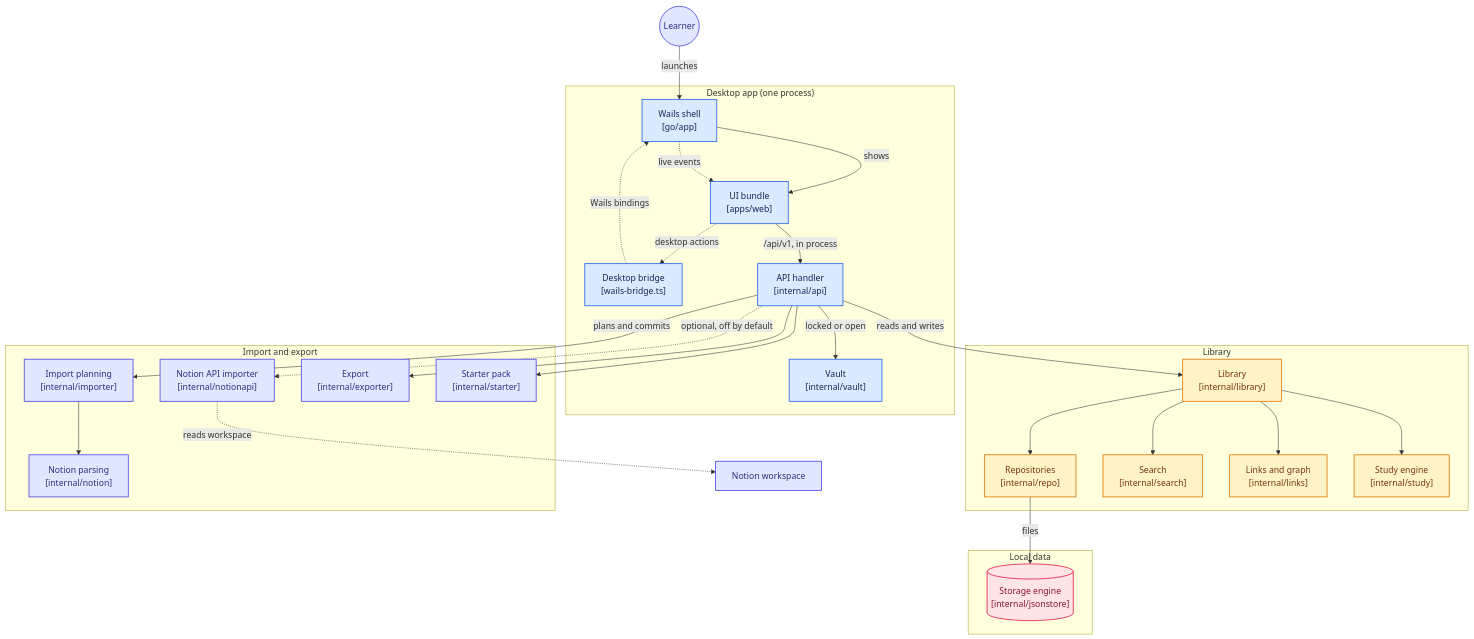
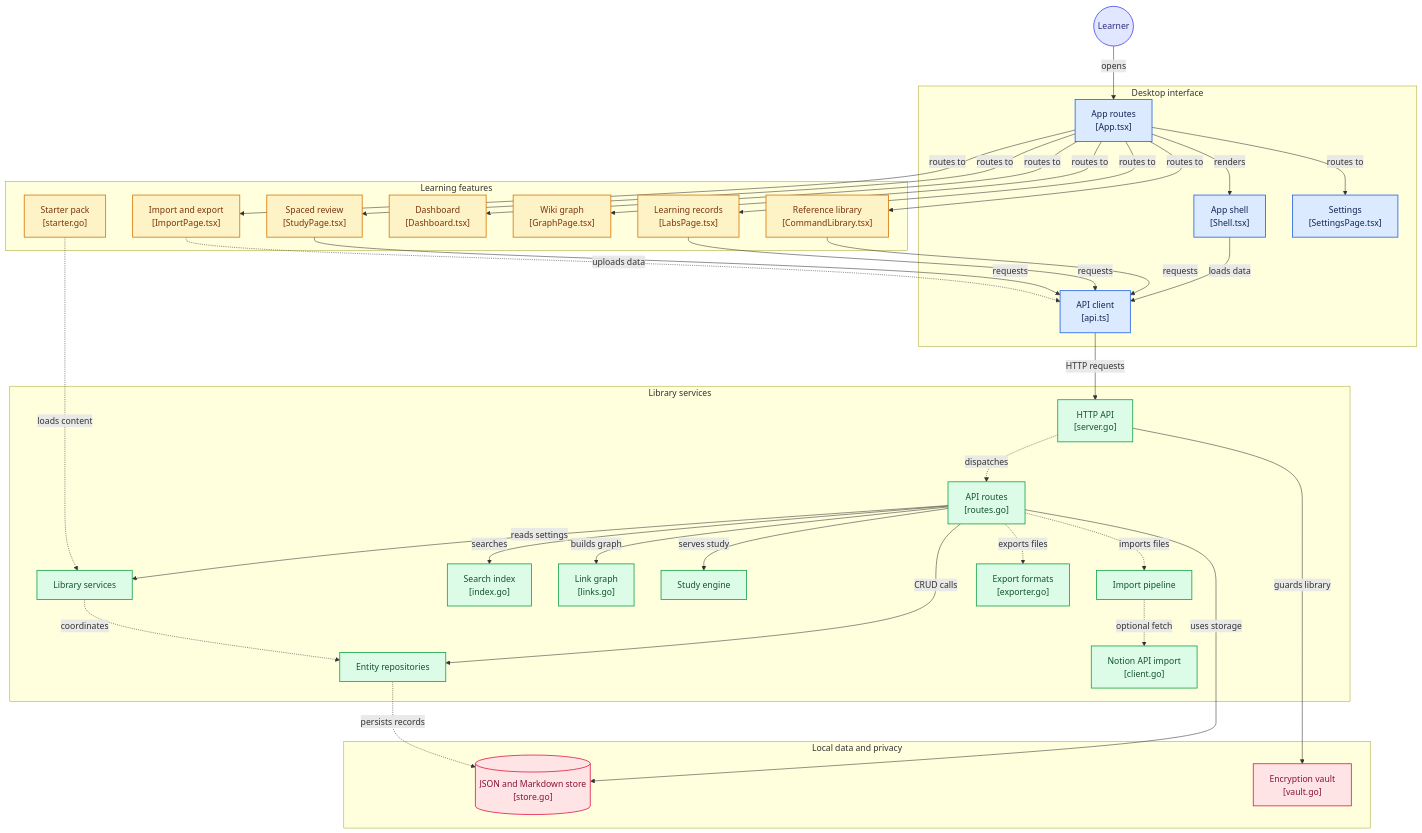
One commit to reeper316099/Cipherkeep changed the diagram in docs/ARCHITECTURE.md. Above: the diagram before and after it, drawn with Mermaid.

Commit message:
Revise architecture diagram with new components
Updated architecture diagram to reflect new components and relationships.

````diff
--- a/docs/ARCHITECTURE.md
+++ b/docs/ARCHITECTURE.md
@@ -66,64 +66,108 @@
 ```mermaid
+%% Generated by https://gitdiagram.com/reeper316099/cipherkeep
 flowchart TD
 
-subgraph group_app["Desktop app (one process)"]
-  node_shell["Wails shell<br/>[go/app]"]
-  node_assets["UI bundle<br/>[apps/web]"]
-  node_bridge["Desktop bridge<br/>[wails-bridge.ts]"]
-  node_api["API handler<br/>[internal/api]"]
-  node_vault["Vault<br/>[internal/vault]"]
+subgraph group_ui["Desktop interface"]
+  node_app["App routes<br/>[App.tsx]"]
+  node_shell["App shell<br/>[Shell.tsx]"]
+  node_api_client["API client<br/>[api.ts]"]
+  node_settings["Settings<br/>[SettingsPage.tsx]"]
 end
 
-subgraph group_domain["Library"]
-  node_library["Library<br/>[internal/library]"]
-  node_repo["Repositories<br/>[internal/repo]"]
-  node_search["Search<br/>[internal/search]"]
-  node_links["Links and graph<br/>[internal/links]"]
-  node_study["Study engine<br/>[internal/study]"]
+subgraph group_learning["Learning features"]
+  node_records["Reference library<br/>[CommandLibrary.tsx]"]
+  node_learning_records["Learning records<br/>[LabsPage.tsx]"]
+  node_study["Spaced review<br/>[StudyPage.tsx]"]
+  node_dashboard["Dashboard<br/>[Dashboard.tsx]"]
+  node_graph["Wiki graph<br/>[GraphPage.tsx]"]
+  node_import_ui["Import and export<br/>[ImportPage.tsx]"]
+  node_starter["Starter pack<br/>[starter.go]"]
 end
 
-subgraph group_persistence["Local data"]
-  node_store[("Storage engine<br/>[internal/jsonstore]")]
+subgraph group_backend["Library services"]
+  node_api_server["HTTP API<br/>[server.go]"]
+  node_api_routes["API routes<br/>[routes.go]"]
+  node_library["Library services"]
+  node_repositories["Entity repositories"]
+  node_search["Search index<br/>[index.go]"]
+  node_links["Link graph<br/>[links.go]"]
+  node_study_engine["Study engine"]
+  node_import_engine["Import pipeline"]
+  node_exporter["Export formats<br/>[exporter.go]"]
+  node_notion_api["Notion API import<br/>[client.go]"]
 end
 
-subgraph group_integrations["Import and export"]
-  node_importer["Import planning<br/>[internal/importer]"]
-  node_notion["Notion parsing<br/>[internal/notion]"]
-  node_notionapi["Notion API importer<br/>[internal/notionapi]"]
-  node_exporter["Export<br/>[internal/exporter]"]
-  node_starter["Starter pack<br/>[internal/starter]"]
+subgraph group_data["Local data and privacy"]
+  node_json_store[("JSON and Markdown store<br/>[store.go]")]
+  node_vault["Encryption vault<br/>[vault.go]"]
 end
 
 node_user(("Learner"))
-node_notion_service["Notion workspace"]
 
-node_user -->|"launches"| node_shell
-node_shell -->|"shows"| node_assets
-node_assets -->|"/api/v1, in process"| node_api
-node_assets -.->|"desktop actions"| node_bridge
-node_bridge -.->|"Wails bindings"| node_shell
-node_shell -.->|"live events"| node_assets
-node_api -->|"locked or open"| node_vault
-node_api -->|"reads and writes"| node_library
-node_library --> node_repo
-node_library --> node_search
-node_library --> node_links
-node_library --> node_study
-node_repo -->|"files"| node_store
-node_api -->|"plans and commits"| node_importer
-node_importer --> node_notion
-node_api -.->|"optional, off by default"| node_notionapi
-node_notionapi -.->|"reads workspace"| node_notion_service
-node_api --> node_exporter
-node_api --> node_starter
+node_user -->|"opens"| node_app
+node_app -->|"renders"| node_shell
+node_shell -->|"loads data"| node_api_client
+node_app -->|"routes to"| node_records
+node_app -->|"routes to"| node_learning_records
+node_app -->|"routes to"| node_study
+node_app -->|"routes to"| node_dashboard
+node_app -->|"routes to"| node_graph
+node_app -->|"routes to"| node_import_ui
+node_app -->|"routes to"| node_settings
+node_records -->|"requests"| node_api_client
+node_learning_records -->|"requests"| node_api_client
+node_study -->|"requests"| node_api_client
+node_api_client -->|"HTTP requests"| node_api_server
+node_api_server -.->|"dispatches"| node_api_routes
+node_api_routes -->|"CRUD calls"| node_repositories
+node_api_routes -->|"searches"| node_search
+node_api_routes -->|"builds graph"| node_links
+node_api_routes -->|"serves study"| node_study_engine
+node_api_routes -->|"reads settings"| node_library
+node_api_routes -->|"uses storage"| node_json_store
+node_library -.->|"coordinates"| node_repositories
+node_repositories -.->|"persists records"| node_json_store
+node_import_ui -.->|"uploads data"| node_api_client
+node_api_routes -.->|"imports files"| node_import_engine
+node_api_routes -.->|"exports files"| node_exporter
+node_import_engine -.->|"optional fetch"| node_notion_api
+node_api_server -->|"guards library"| node_vault
+node_starter -.->|"loads content"| node_library
 
+click node_app "https://github.com/reeper316099/cipherkeep/blob/main/apps/web/src/App.tsx"
+click node_shell "https://github.com/reeper316099/cipherkeep/blob/main/apps/web/src/components/Shell.tsx"
+click node_api_client "https://github.com/reeper316099/cipherkeep/blob/main/apps/web/src/lib/api.ts"
+click node_records "https://github.com/reeper316099/cipherkeep/blob/main/apps/web/src/features/commands/CommandLibrary.tsx"
+click node_learning_records "https://github.com/reeper316099/cipherkeep/blob/main/apps/web/src/features/labs/LabsPage.tsx"
+click node_study "https://github.com/reeper316099/cipherkeep/blob/main/apps/web/src/features/study/StudyPage.tsx"
+click node_dashboard "https://github.com/reeper316099/cipherkeep/blob/main/apps/web/src/features/dashboard/Dashboard.tsx"
+click node_graph "https://github.com/reeper316099/cipherkeep/blob/main/apps/web/src/features/graph/GraphPage.tsx"
+click node_import_ui "https://github.com/reeper316099/cipherkeep/blob/main/apps/web/src/features/import/ImportPage.tsx"
+click node_settings "https://github.com/reeper316099/cipherkeep/blob/main/apps/web/src/features/settings/SettingsPage.tsx"
+click node_api_server "https://github.com/reeper316099/cipherkeep/blob/main/go/internal/api/server.go"
+click node_api_routes "https://github.com/reeper316099/cipherkeep/blob/main/go/internal/api/routes.go"
+click node_library "https://github.com/reeper316099/cipherkeep/tree/main/go/internal/library"
+click node_repositories "https://github.com/reeper316099/cipherkeep/tree/main/go/internal/repo"
+click node_search "https://github.com/reeper316099/cipherkeep/blob/main/go/internal/search/index.go"
+click node_links "https://github.com/reeper316099/cipherkeep/blob/main/go/internal/links/links.go"
+click node_study_engine "https://github.com/reeper316099/cipherkeep/tree/main/go/internal/study"
+click node_import_engine "https://github.com/reeper316099/cipherkeep/tree/main/go/internal/importer"
+click node_exporter "https://github.com/reeper316099/cipherkeep/blob/main/go/internal/exporter/exporter.go"
+click node_notion_api "https://github.com/reeper316099/cipherkeep/blob/main/go/internal/notionapi/client.go"
+click node_json_store "https://github.com/reeper316099/cipherkeep/blob/main/go/internal/jsonstore/store.go"
+click node_vault "https://github.com/reeper316099/cipherkeep/blob/main/go/internal/vault/vault.go"
+click node_starter "https://github.com/reeper316099/cipherkeep/blob/main/go/internal/starter/starter.go"
+
+classDef toneNeutral fill:#f8fafc,stroke:#334155,stroke-width:1.5px,color:#0f172a
 classDef toneBlue fill:#dbeafe,stroke:#2563eb,stroke-width:1.5px,color:#172554
 classDef toneAmber fill:#fef3c7,stroke:#d97706,stroke-width:1.5px,color:#78350f
 classDef toneMint fill:#dcfce7,stroke:#16a34a,stroke-width:1.5px,color:#14532d
 classDef toneRose fill:#ffe4e6,stroke:#e11d48,stroke-width:1.5px,color:#881337
 classDef toneIndigo fill:#e0e7ff,stroke:#4f46e5,stroke-width:1.5px,color:#312e81
-class node_shell,node_assets,node_bridge,node_api,node_vault toneBlue
-class node_library,node_repo,node_search,node_links,node_study toneAmber
-class node_store toneRose
-class node_importer,node_notion,node_notionapi,node_exporter,node_starter,node_user,node_notion_service toneIndigo
+classDef toneTeal fill:#ccfbf1,stroke:#0f766e,stroke-width:1.5px,color:#134e4a
+class node_app,node_shell,node_api_client,node_settings toneBlue
+class node_records,node_learning_records,node_study,node_dashboard,node_graph,node_import_ui,node_starter toneAmber
+class node_api_server,node_api_routes,node_library,node_repositories,node_search,node_links,node_study_engine,node_import_engine,node_exporter,node_notion_api toneMint
+class node_json_store,node_vault toneRose
+class node_user toneIndigo
 ```
````
